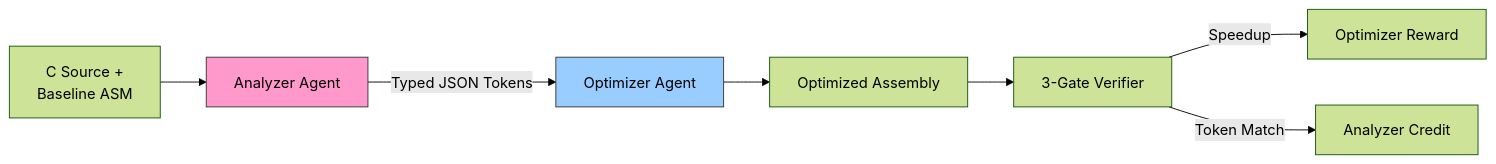
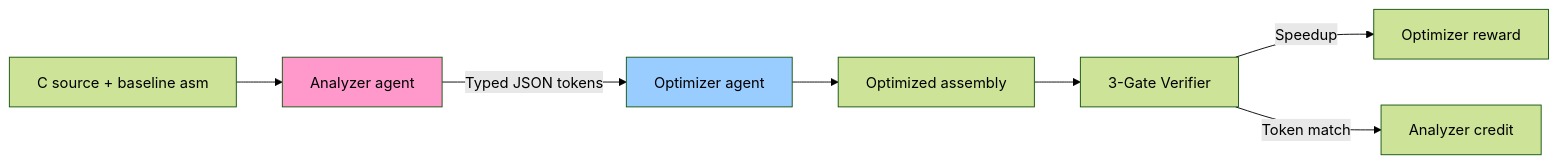
One commit to ka-ori/arm-gym changed the second of 3 diagrams in README.md. Above: the diagram before and after it, drawn with Mermaid (forest theme). The commit also changed other lines of this file and 1 other file, not shown here.

First line of the commit message:
docs: fix Mermaid diagrams for HF/GitHub (graph LR, ASCII labels)

````diff
--- a/README.md
+++ b/README.md
@@ -64,12 +63,11 @@
 ```mermaid
-flowchart LR
-    S["C Source +<br/>Baseline ASM"] --> AN["Analyzer Agent"]
-    AN -->|"Typed JSON Tokens"| OPT["Optimizer Agent"]
-    OPT --> ASM["Optimized Assembly"]
+graph LR
+    S["C source + baseline asm"] --> AN["Analyzer agent"]
+    AN -->|Typed JSON tokens| OPT["Optimizer agent"]
+    OPT --> ASM["Optimized assembly"]
     ASM --> V["3-Gate Verifier"]
-    V -->|"Speedup"| R1["Optimizer Reward"]
-    V -->|"Token Match"| R2["Analyzer Credit"]
-
-    style AN fill:#f9c,stroke:#333,color:#000
-    style OPT fill:#9cf,stroke:#333,color:#000
+    V -->|Speedup| R1["Optimizer reward"]
+    V -->|Token match| R2["Analyzer credit"]
+    style AN fill:#ff99cc
+    style OPT fill:#99ccff
 ```
````
